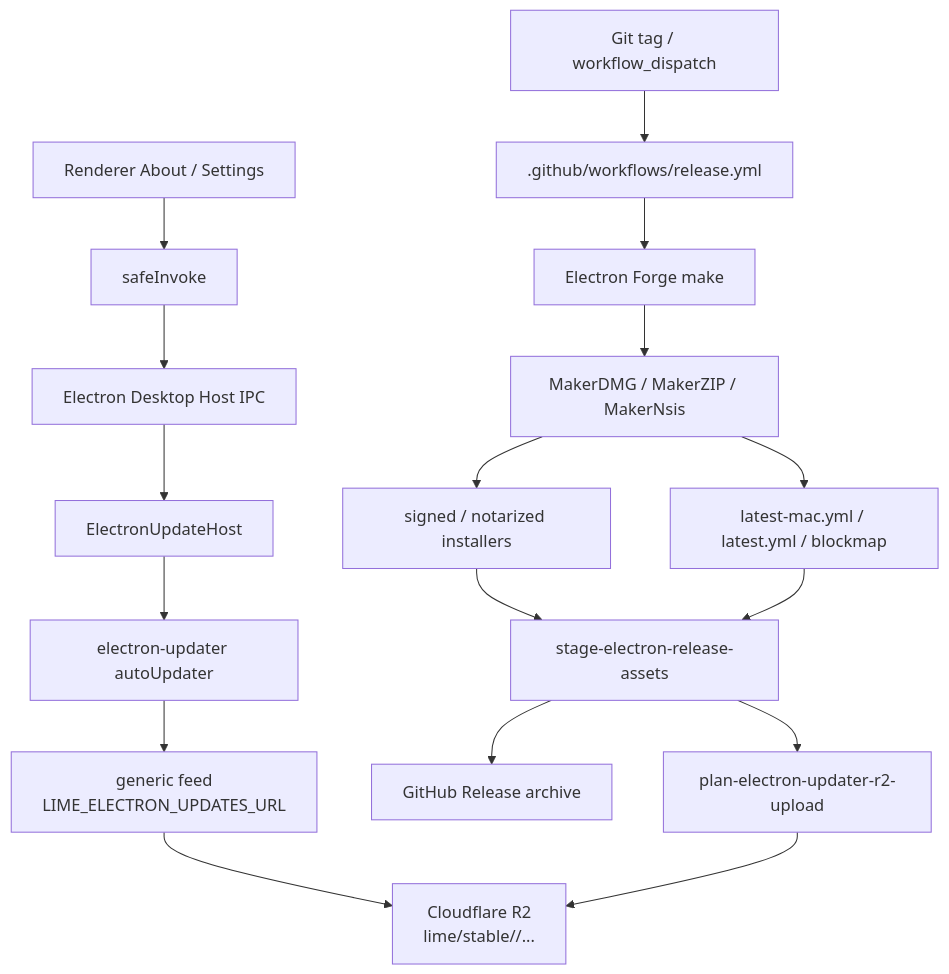
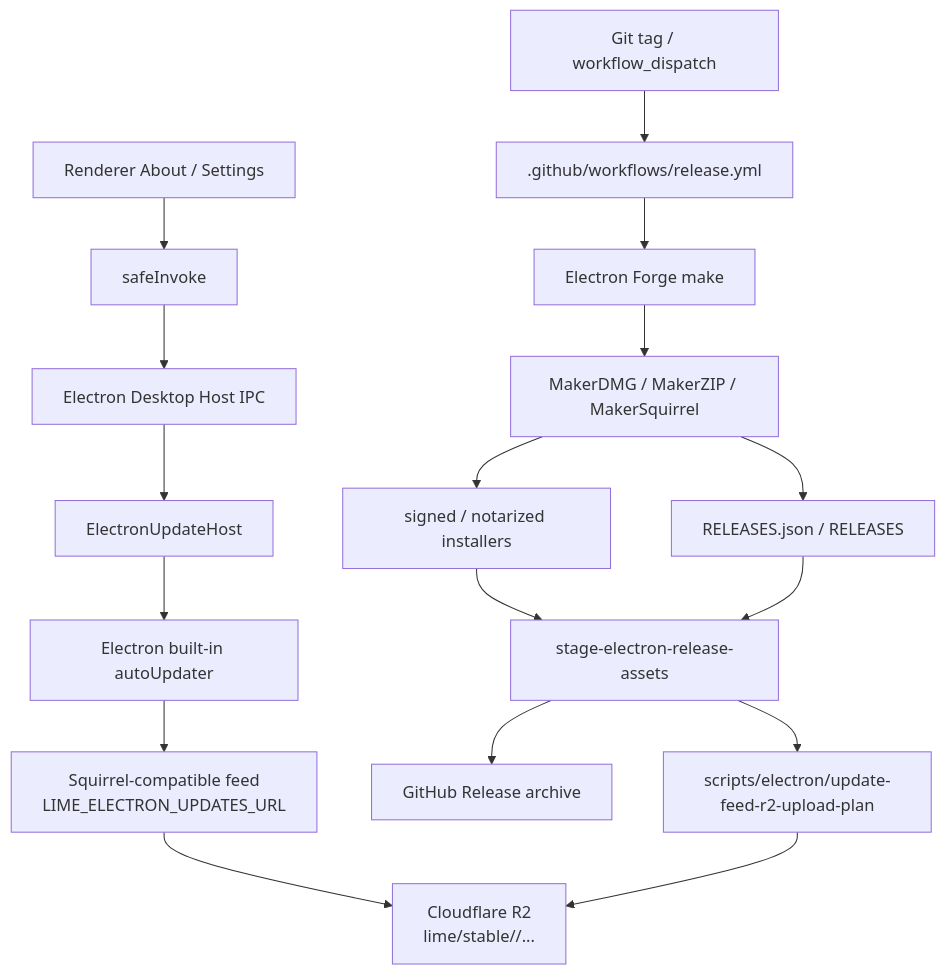
The diagram in internal/roadmap/appserver/release-updater.md (jiujuan/lime), drawn with Mermaid before and after one commit. The commit also changed other lines of this file and 496 other files, not shown here.

````diff
--- a/internal/roadmap/appserver/release-updater.md
+++ b/internal/roadmap/appserver/release-updater.md
@@ -27,20 +36,20 @@
 ```mermaid
 flowchart TB
     Renderer["Renderer About / Settings"] --> SafeInvoke["safeInvoke"]
     SafeInvoke --> Ipc["Electron Desktop Host IPC"]
     Ipc --> UpdateHost["ElectronUpdateHost"]
-    UpdateHost --> ElectronUpdater["electron-updater autoUpdater"]
-    ElectronUpdater --> Feed["generic feed<br/>LIME_ELECTRON_UPDATES_URL"]
+    UpdateHost --> BuiltInUpdater["Electron built-in autoUpdater"]
+    BuiltInUpdater --> Feed["Squirrel-compatible feed<br/>LIME_ELECTRON_UPDATES_URL"]
     Feed --> R2["Cloudflare R2<br/>lime/stable/<feed>/..."]
 
     Tag["Git tag / workflow_dispatch"] --> ReleaseWorkflow[".github/workflows/release.yml"]
     ReleaseWorkflow --> Forge["Electron Forge make"]
-    Forge --> Makers["MakerDMG / MakerZIP / MakerNsis"]
+    Forge --> Makers["MakerDMG / MakerZIP / MakerSquirrel"]
     Makers --> SignedApp["signed / notarized installers"]
-    Makers --> Metadata["latest-mac.yml / latest.yml / blockmap"]
+    Makers --> Metadata["RELEASES.json / RELEASES"]
     SignedApp --> Stage["stage-electron-release-assets"]
     Metadata --> Stage
     Stage --> GitHubRelease["GitHub Release archive"]
-    Stage --> R2Plan["plan-electron-updater-r2-upload"]
+    Stage --> R2Plan["scripts/electron/update-feed-r2-upload-plan"]
     R2Plan --> R2
 ```
````
